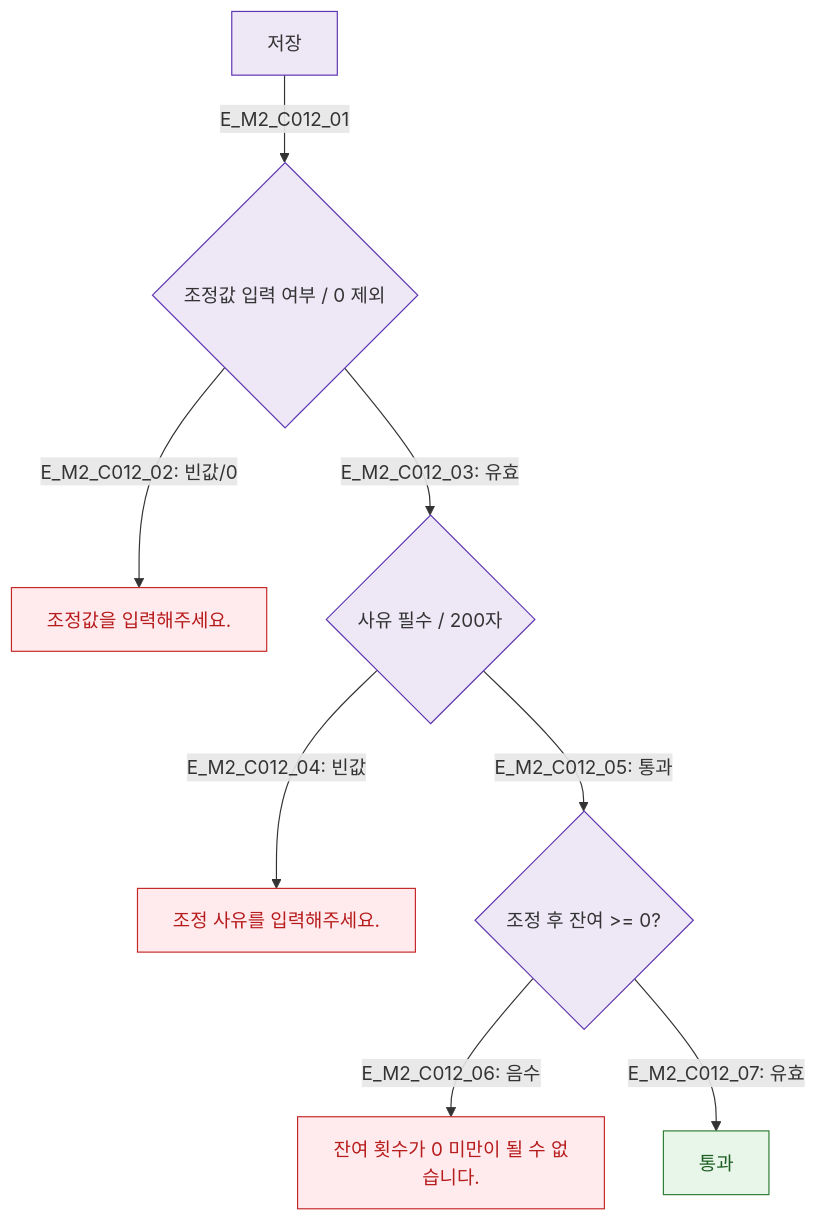
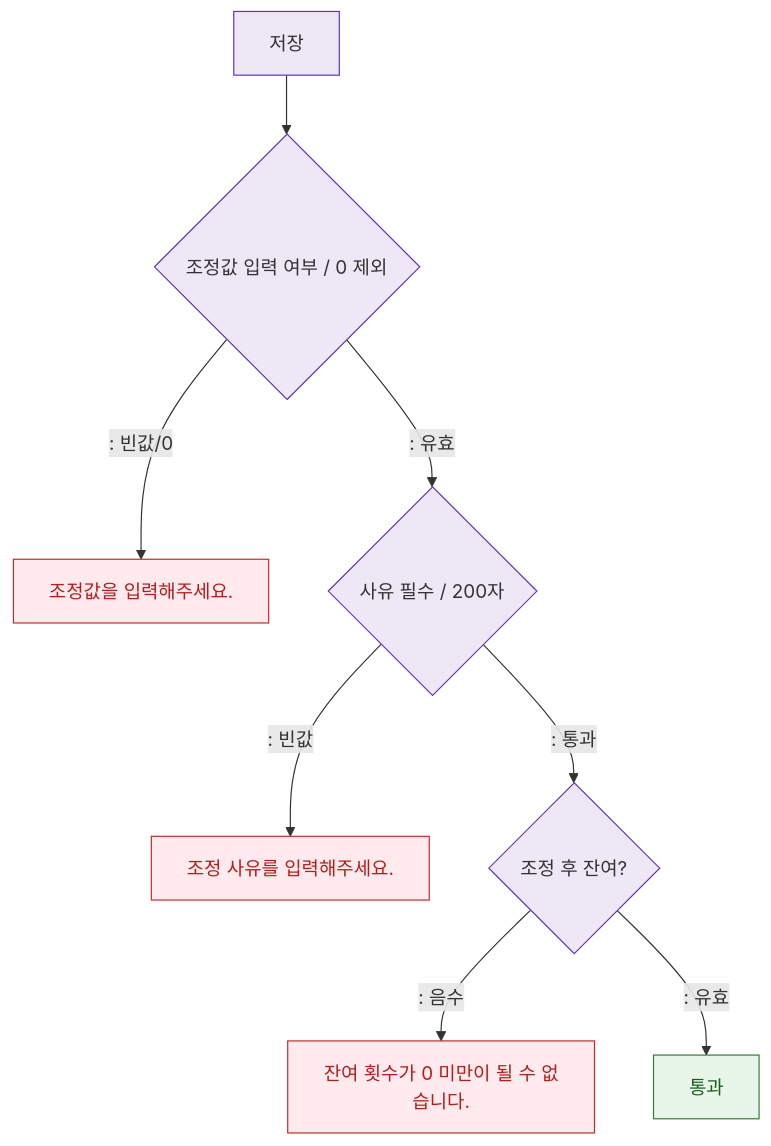
One commit to dev-spogym/admin-pando changed the diagram in docs/다이어그램/D04_수업관리/DLG/DLG-C012_횟수조정/M2_필드검증.md. Above: the diagram before and after it, drawn with Mermaid. The commit also changed other lines of this file and 1660 other files, not shown here.

First line of the commit message:
다이어그램: 기획자/클라이언트 납품본으로 정리

````diff
--- a/docs/다이어그램/D04_수업관리/DLG/DLG-C012_횟수조정/M2_필드검증.md
+++ b/docs/다이어그램/D04_수업관리/DLG/DLG-C012_횟수조정/M2_필드검증.md
@@ -20,17 +18,17 @@
 ```mermaid
 flowchart TD
-  Save[저장] -->|E_M2_C012_01| V_Amount{조정값 입력 여부 / 0 제외}
-  V_Amount -->|"E_M2_C012_02: 빈값/0"| E_Amount[조정값을 입력해주세요.]
-  V_Amount -->|"E_M2_C012_03: 유효"| V_Reason{사유 필수 / 200자}
-  V_Reason -->|"E_M2_C012_04: 빈값"| E_Reason[조정 사유를 입력해주세요.]
-  V_Reason -->|"E_M2_C012_05: 통과"| V_Result{조정 후 잔여 >= 0?}
-  V_Result -->|"E_M2_C012_06: 음수"| E_Result[잔여 횟수가 0 미만이 될 수 없습니다.]
-  V_Result -->|"E_M2_C012_07: 유효"| AllPass[통과]
+  Save[저장] --> V_Amount{조정값 입력 여부 / 0 제외}
+  V_Amount -->|": 빈값/0"|E_Amount[조정값을 입력해주세요.]
+  V_Amount -->|": 유효"|V_Reason{사유 필수 / 200자}
+  V_Reason -->|": 빈값"|E_Reason[조정 사유를 입력해주세요.]
+  V_Reason -->|": 통과"|V_Result{조정 후 잔여?}
+  V_Result -->|": 음수"|E_Result[잔여 횟수가 0 미만이 될 수 없습니다.]
+  V_Result -->|": 유효"|AllPass[통과]
 
   classDef system fill:#EDE7F6,stroke:#5E35B2
   classDef error fill:#FFEBEE,stroke:#C62828,color:#B71C1C
   classDef success fill:#E8F5E9,stroke:#2E7D32,color:#1B5E20
   class Save,V_Amount,V_Reason,V_Result system
   class E_Amount,E_Reason,E_Result error
   class AllPass success
 ```
````
